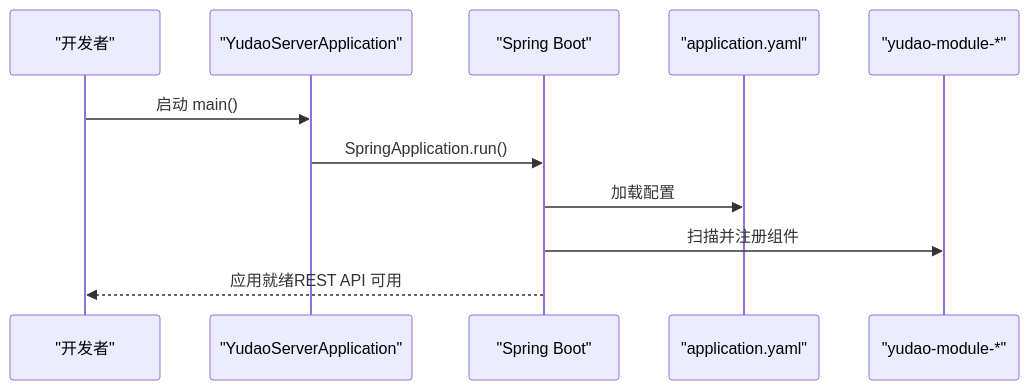
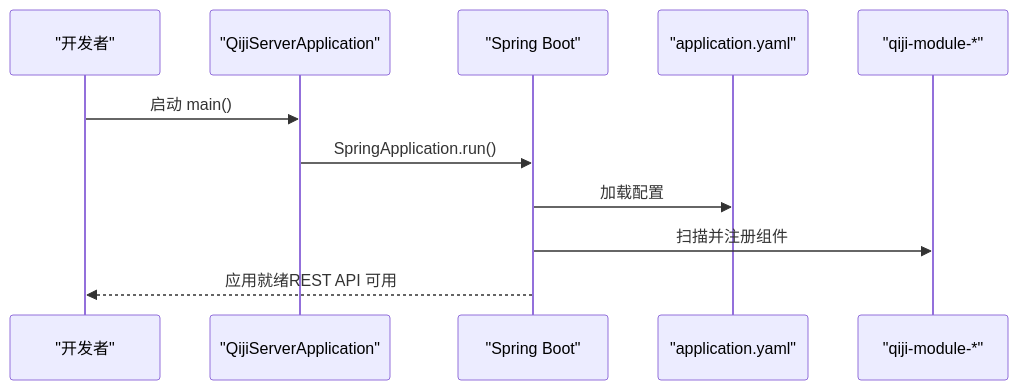
Before and after one commit to zhuangpengLI/AgenticCPS: the third of 5 diagrams in backend/.qoder/repowiki/zh/content/系统架构设计/系统架构设计.md, drawn with Mermaid. The commit also changed other lines of this file and 3489 other files, not shown here.

````diff
--- a/backend/.qoder/repowiki/zh/content/系统架构设计/系统架构设计.md
+++ b/backend/.qoder/repowiki/zh/content/系统架构设计/系统架构设计.md
@@ -162,13 +162,13 @@
 ```mermaid
 sequenceDiagram
 participant Dev as "开发者"
-participant App as "YudaoServerApplication"
+participant App as "QijiServerApplication"
 participant SB as "Spring Boot"
 participant Cfg as "application.yaml"
-participant Mod as "yudao-module-*"
+participant Mod as "qiji-module-*"
 Dev->>App : 启动 main()
 App->>SB : SpringApplication.run()
 SB->>Cfg : 加载配置
 SB->>Mod : 扫描并注册组件
 SB-->>Dev : 应用就绪REST API 可用
 ```
````
